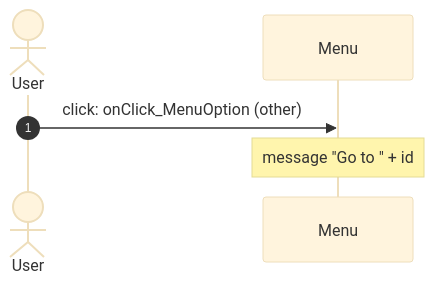
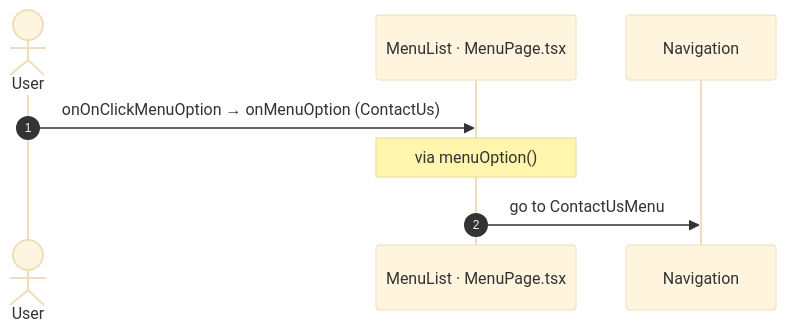
Diagram 18 of 37 in migration/route-actions/Menu.md (Phoenix-DX/connect-new-ui), drawn with Mermaid (base theme) before and after one commit. The commit also changed other lines of this file and 9 other files, not shown here.

Commit message:
route actions: facts only; user actions as two independent lists (OutSystems view bindings, React JSX bindings) with Mermaid sequences; factual call columns (direct caller, chains, React references); app shell by definition (survey shell, main.tsx code); constants read for React paths

````diff
--- a/migration/route-actions/Menu.md
+++ b/migration/route-actions/Menu.md
@@ -346,8 +358,10 @@
 ```mermaid
 sequenceDiagram
   autonumber
   actor U as User
-  participant B as Menu
-  U->>B: click: onClick_MenuOption (other)
-  Note over B: message "Go to " + id
+  participant H as MenuList · MenuPage.tsx
+  participant N as Navigation
+  U->>H: onOnClickMenuOption → onMenuOption (ContactUs)
+  Note over H: via menuOption()
+  H->>N: go to ContactUsMenu
 ```
````
